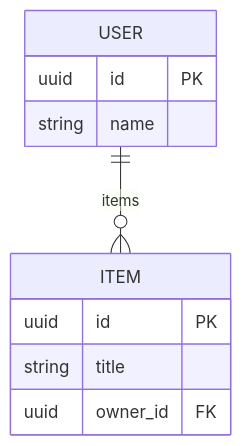
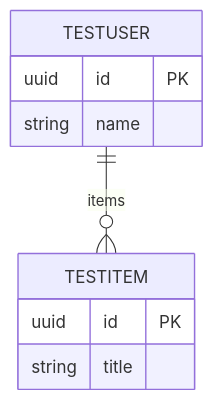
The diagram in docs/database/erd.mmd (murphycrew/full-stack-fastapi-template), drawn with Mermaid before and after one commit. The commit also changed 57 other files, not shown here.

```diff
--- a/docs/database/erd.mmd
+++ b/docs/database/erd.mmd
@@ -1,23 +1,22 @@
 %% Database ERD Diagram
-%% Generated: 2025-10-04T21:53:43.171142
+%% Generated: 2025-10-06T21:07:13.532040
 %% Version: Unknown
 %% Entities: 2
 %% Relationships: 1
 %% Status: invalid
 
 %% This diagram is automatically generated from SQLModel definitions
 
 erDiagram
 
-USER {
+TESTUSER {
     uuid id PK
     string name
 }
 
-ITEM {
+TESTITEM {
     uuid id PK
     string title
-    uuid owner_id FK
 }
 
-USER ||--o{ ITEM : items
+TESTUSER ||--o{ TESTITEM : items
```
